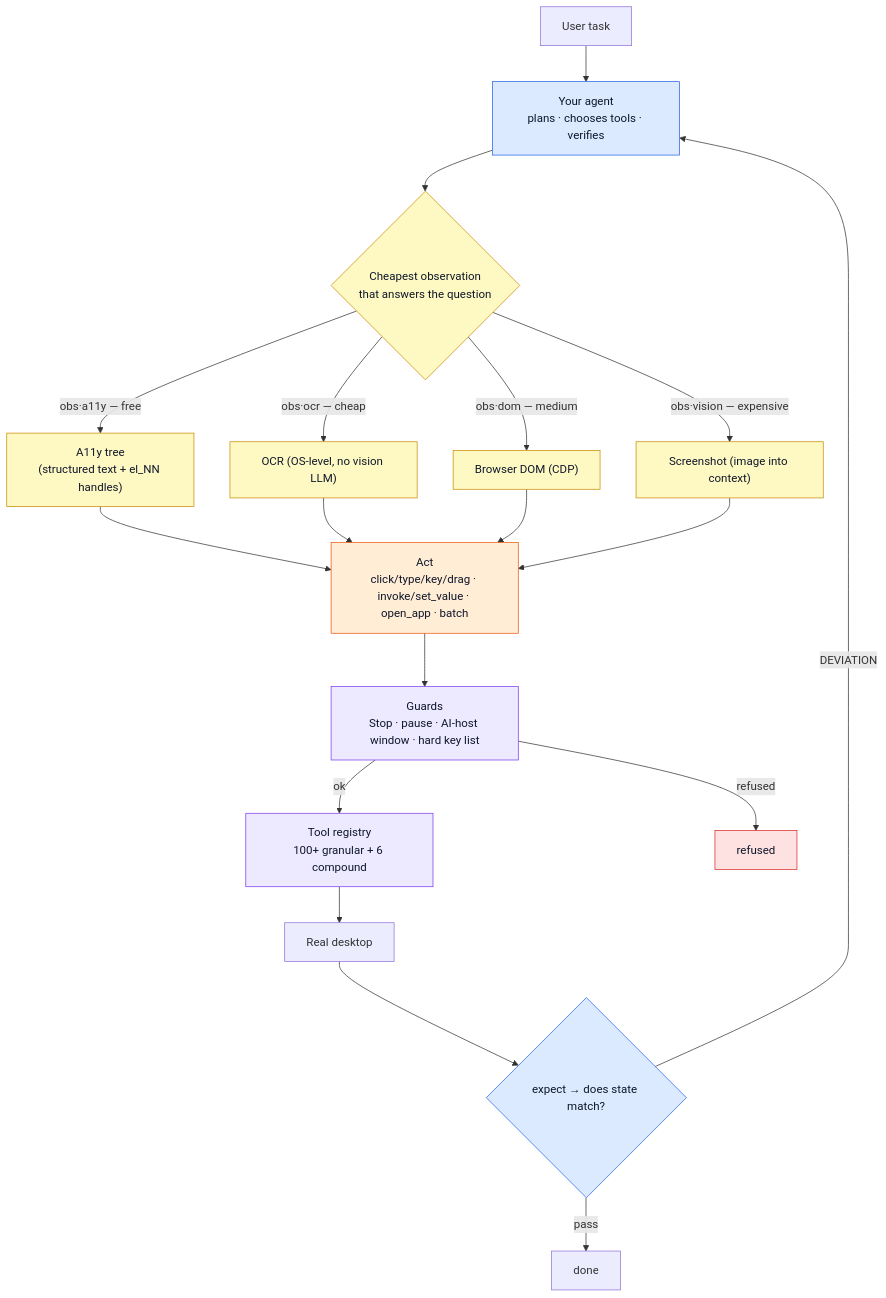
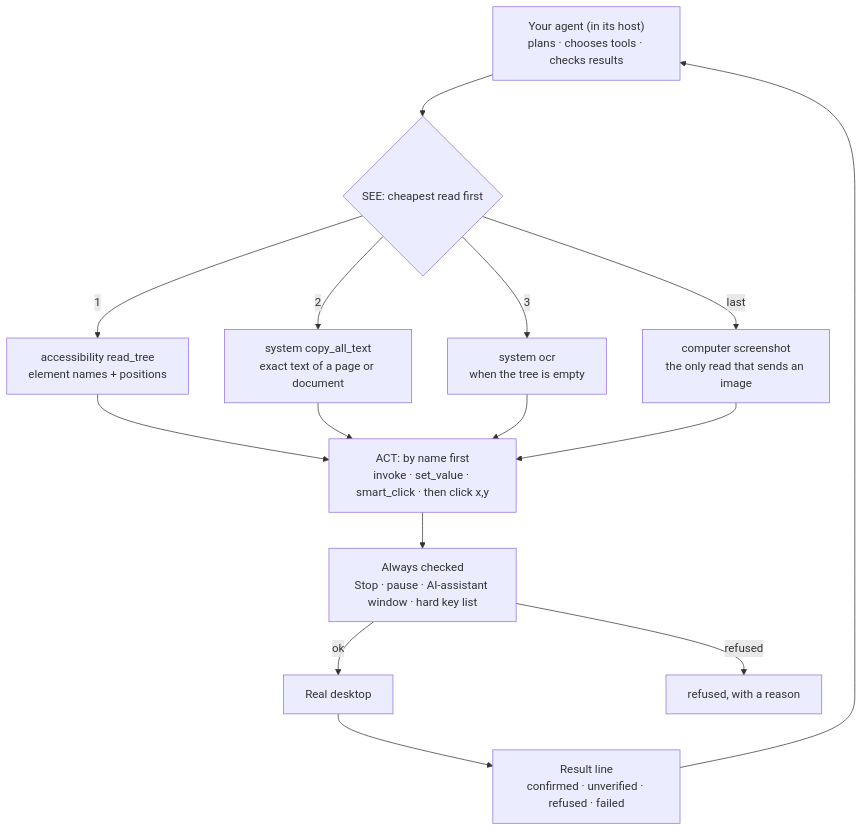
One commit to AmrDab/clawdcursor changed the diagram in README.md. Above: the diagram before and after it, drawn with Mermaid. The commit also changed other lines of this file and 10 other files, not shown here.

````diff
--- a/README.md
+++ b/README.md
@@ -338,35 +209,21 @@
 ```mermaid
 flowchart TB
-    task["User task"] --> loop["Your agent<br/>plans · chooses tools · verifies"]
-    loop --> observe{"Cheapest observation<br/>that answers the question"}
+    agent["Your agent (in its host)<br/>plans · chooses tools · checks results"] --> see{"SEE: cheapest read first"}
 
-    observe -- "obs·a11y — free" --> a11y["A11y tree<br/>(structured text + el_NN handles)"]
-    observe -- "obs·ocr — cheap" --> ocr["OCR (OS-level, no vision LLM)"]
-    observe -- "obs·dom — medium" --> dom["Browser DOM (CDP)"]
-    observe -- "obs·vision — expensive" --> vision["Screenshot (image into context)"]
+    see -- "1" --> tree["accessibility read_tree<br/>element names + positions"]
+    see -- "2" --> text["system copy_all_text<br/>exact text of a page or document"]
+    see -- "3" --> ocr["system ocr<br/>when the tree is empty"]
+    see -- "last" --> shot["computer screenshot<br/>the only read that sends an image"]
 
-    a11y --> act
+    tree --> act
+    text --> act
     ocr --> act
-    dom --> act
-    vision --> act
+    shot --> act
 
-    act["Act<br/>click/type/key/drag · invoke/set_value · open_app · batch"] --> guards
-    guards["Guards<br/>Stop · pause · AI-host window · hard key list"] -- ok --> tools["Tool registry<br/>100+ granular + 6 compound"]
-    guards -- refused --> blocked["refused"]
+    act["ACT: by name first<br/>invoke · set_value · smart_click · then click x,y"] --> guards
+    guards["Always checked<br/>Stop · pause · AI-assistant window · hard key list"] -- ok --> desktop["Real desktop"]
+    guards -- refused --> refused["refused, with a reason"]
 
-    tools --> desktop["Real desktop"]
-    desktop --> verify{"expect → does state match?"}
-    verify -- pass --> done["done"]
-    verify -- "DEVIATION" --> loop
-
-    classDef agentNode fill:#dbeafe,stroke:#2563eb,color:#0f172a;
-    classDef gate fill:#ede9fe,stroke:#7c3aed,color:#0f172a;
-    classDef obsNode fill:#fef9c3,stroke:#ca8a04,color:#0f172a;
-    classDef actNode fill:#ffedd5,stroke:#ea580c,color:#0f172a;
-    classDef stop fill:#fee2e2,stroke:#dc2626,color:#0f172a;
-    class loop,verify agentNode;
-    class guards,tools gate;
-    class observe,a11y,ocr,dom,vision obsNode;
-    class act actNode;
-    class blocked stop;
+    desktop --> result["Result line<br/>confirmed · unverified · refused · failed"]
+    result --> agent
 ```
````
